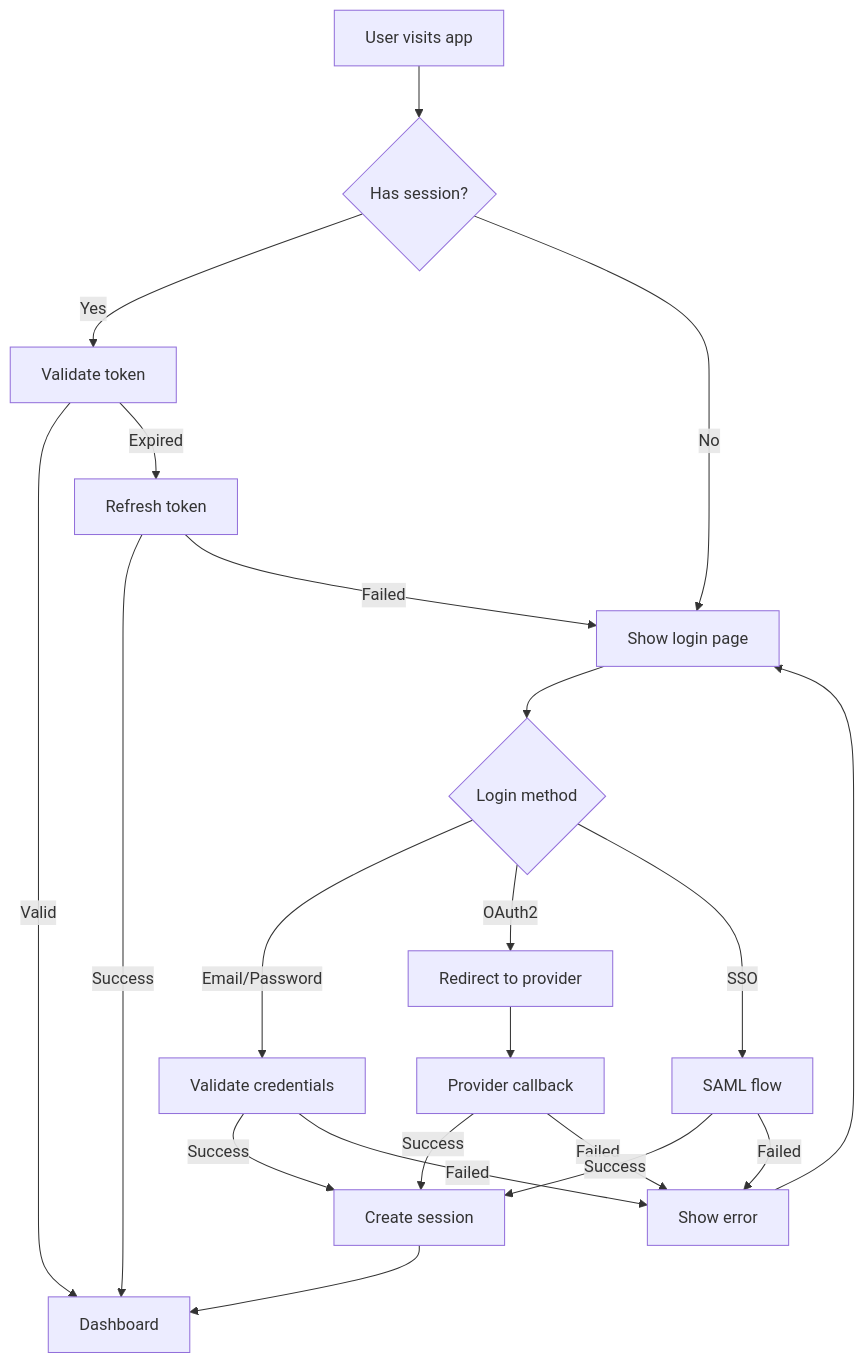
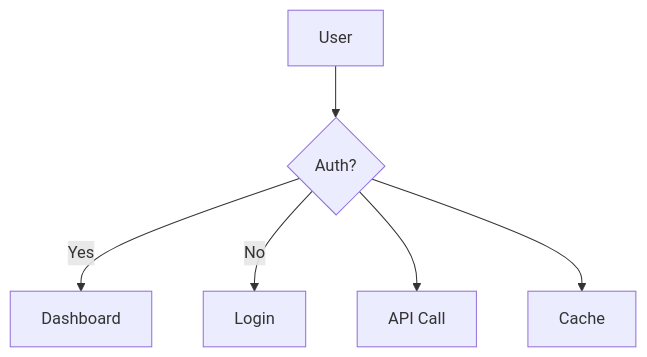
One commit to Epsilondelta-ai/flowbook changed the diagram in examples/auth/login.flow.md. Above: the diagram before and after it, drawn with Mermaid. The commit also changed other lines of this file and 14 other files, not shown here.

````diff
--- a/examples/auth/login.flow.md
+++ b/examples/auth/login.flow.md
@@ -9,30 +9,8 @@
 ```mermaid
 flowchart TD
-    A[User visits app] --> B{Has session?}
-    B -->|Yes| C[Validate token]
-    B -->|No| D[Show login page]
-
-    C -->|Valid| E[Dashboard]
-    C -->|Expired| F[Refresh token]
-
-    F -->|Success| E
-    F -->|Failed| D
-
-    D --> G{Login method}
-    G -->|Email/Password| H[Validate credentials]
-    G -->|OAuth2| I[Redirect to provider]
-    G -->|SSO| J[SAML flow]
-
-    H -->|Success| K[Create session]
-    H -->|Failed| L[Show error]
-
-    I --> M[Provider callback]
-    M -->|Success| K
-    M -->|Failed| L
-
-    J -->|Success| K
-    J -->|Failed| L
-
-    K --> E
-    L --> D
+    A[User] --> B{Auth?}
+    B -->|Yes| C[Dashboard]
+    B -->|No| D[Login]
+    B --> E[API Call]
+    B --> F[Cache]
 ```
````
